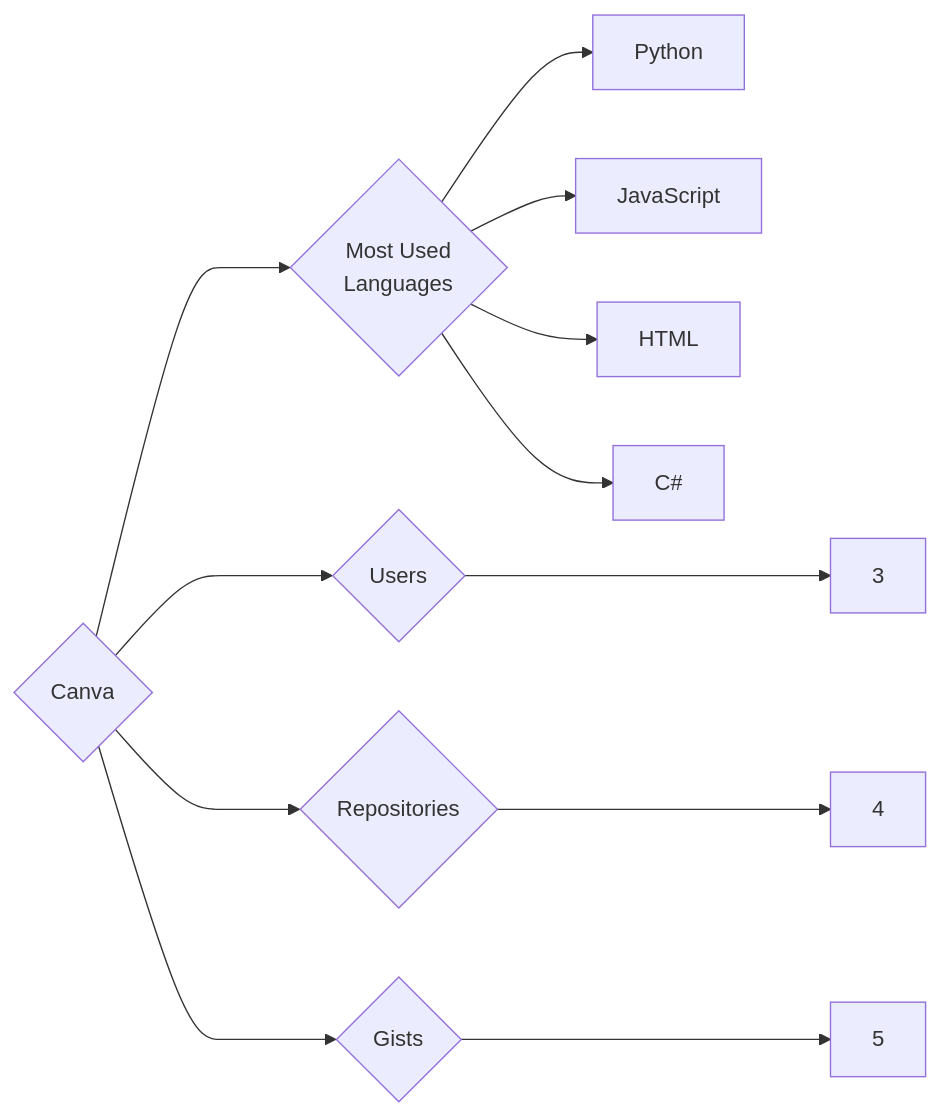
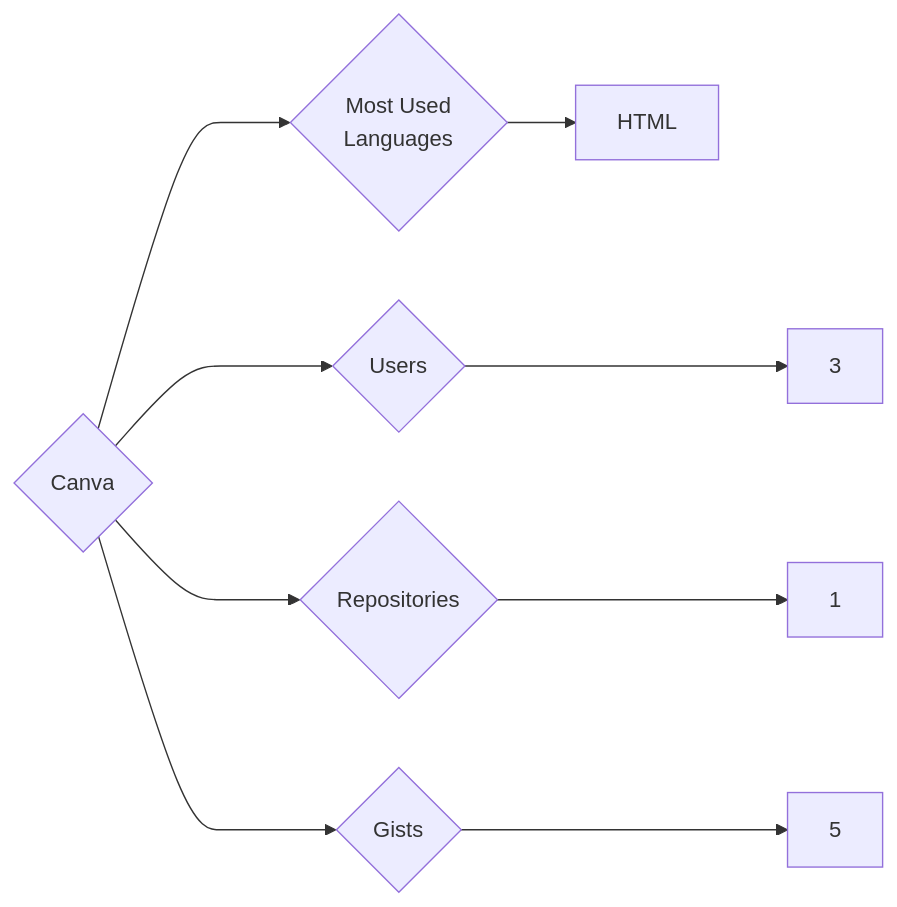
One commit to trickest/insiders changed the diagram in targets/Canva/README.md. Above: the diagram before and after it, drawn with Mermaid. The commit also changed 938 other files, not shown here.

````diff
--- a/targets/Canva/README.md
+++ b/targets/Canva/README.md
@@ -3,12 +3,9 @@
 ```mermaid
 graph LR
 COMPANY_NAME{Canva}
 COMPANY_NAME ---> U{Users} ---> UN[3]
-COMPANY_NAME ---> R{Repositories} ---> RN[4]
+COMPANY_NAME ---> R{Repositories} ---> RN[1]
 COMPANY_NAME ---> G{Gists} ---> GN[5]
 COMPANY_NAME ---> ML{Most Used<br>Languages}
-ML --> Python[Python]
-ML --> JavaScript[JavaScript]
 ML --> HTML[HTML]
-ML --> C#[C#]
 ```
````
